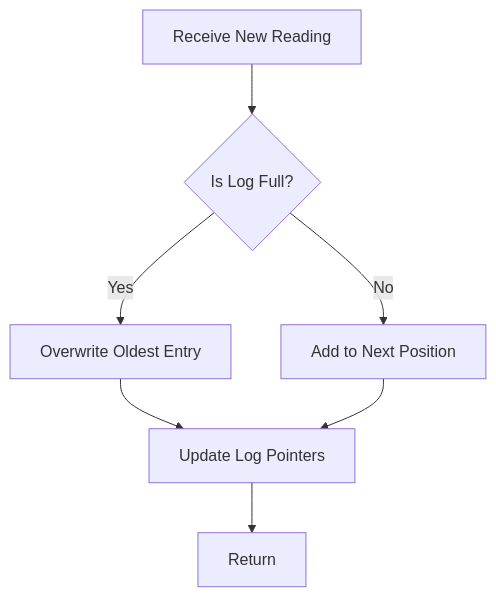
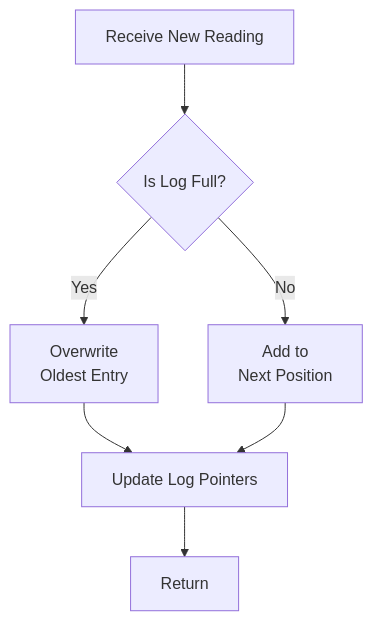
Before and after one commit to Oshadha345/server-sentinel-c: the third of 4 diagrams in docs/flowchart.md, drawn with Mermaid. The commit also changed other lines of this file, not shown here.

First line of the commit message:
Enhance flowchart docs with improved formatting and clarity

````diff
--- a/docs/flowchart.md
+++ b/docs/flowchart.md
@@ -66,11 +70,11 @@
 ```mermaid
 graph TD
     A3[Receive New Reading] --> B3{Is Log Full?}
-    B3 -- Yes --> C3[Overwrite Oldest Entry]
-    B3 -- No --> D3[Add to Next Position]
+    B3 -- Yes --> C3[Overwrite<br>Oldest Entry]
+    B3 -- No --> D3[Add to<br>Next Position]
     
     C3 --> E3[Update Log Pointers]
     D3 --> E3
     
     E3 --> F3[Return]
 ```
````
